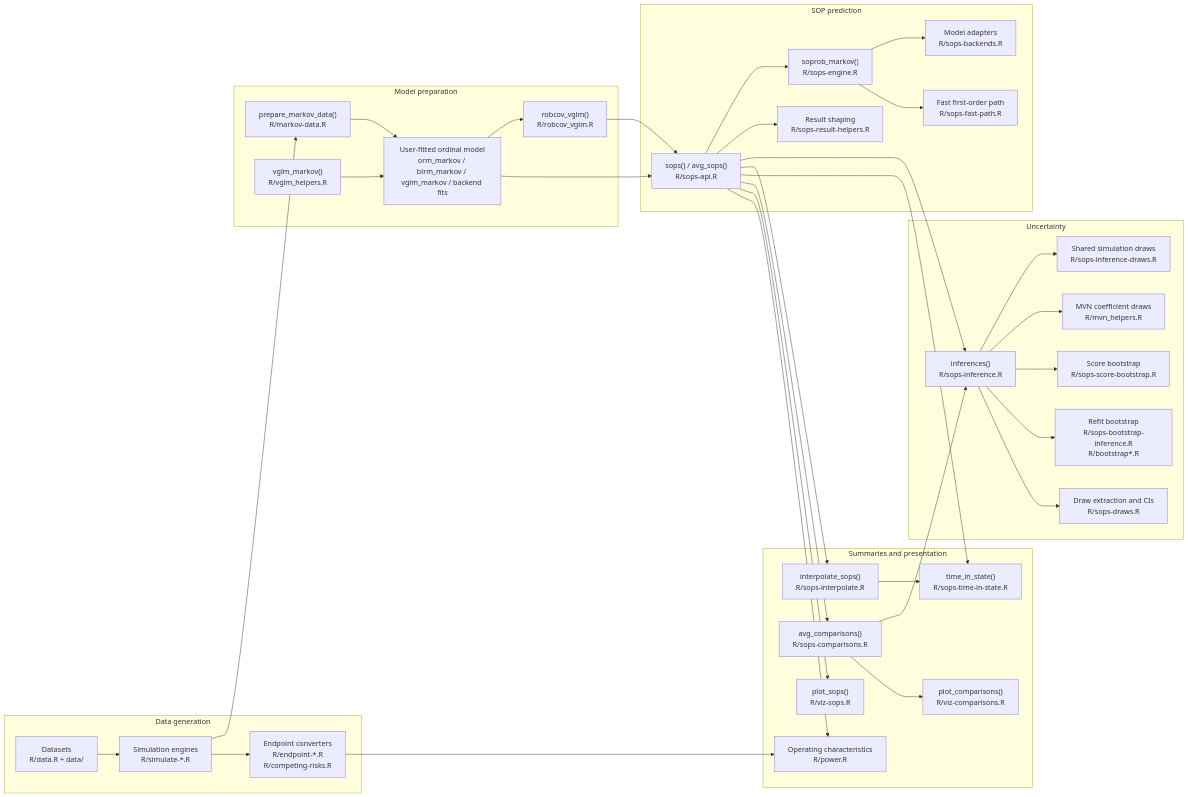
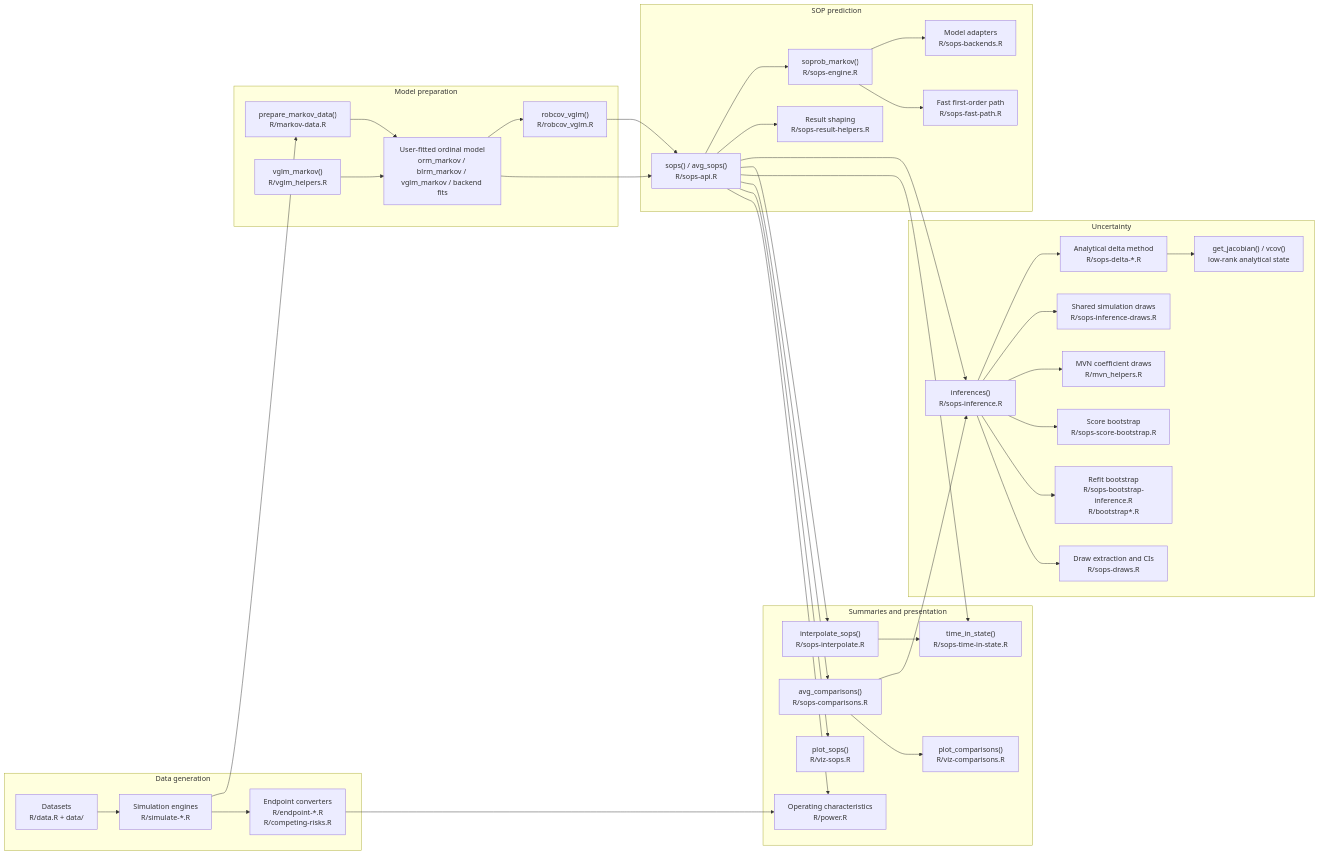
The first of 7 diagrams in ARCHITECTURE.md (scjohannes/markov.misc), drawn with Mermaid before and after one commit. The commit also changed other lines of this file and 30 other files, not shown here.

````diff
--- a/ARCHITECTURE.md
+++ b/ARCHITECTURE.md
@@ -27,69 +28,73 @@
 ```mermaid
 flowchart LR
   subgraph "Data generation"
     SIM["Simulation engines<br/>R/simulate-*.R"]
     BASE["Datasets<br/>R/data.R + data/"]
     ENDPOINT_IN["Endpoint converters<br/>R/endpoint-*.R<br/>R/competing-risks.R"]
   end
 
   subgraph "Model preparation"
     PREP["prepare_markov_data()<br/>R/markov-data.R"]
     FIT["User-fitted ordinal model<br/>orm_markov / blrm_markov / vglm_markov / backend fits"]
     VGLM_FIT["vglm_markov()<br/>R/vglm_helpers.R"]
     ROB["robcov_vglm()<br/>R/robcov_vglm.R"]
   end
 
   subgraph "SOP prediction"
     API["sops() / avg_sops()<br/>R/sops-api.R"]
     BACKENDS["Model adapters<br/>R/sops-backends.R"]
     ENGINE["soprob_markov()<br/>R/sops-engine.R"]
     FAST["Fast first-order path<br/>R/sops-fast-path.R"]
     RESULT["Result shaping<br/>R/sops-result-helpers.R"]
   end
 
   subgraph "Uncertainty"
     INF["inferences()<br/>R/sops-inference.R"]
+    DELTA["Analytical delta method<br/>R/sops-delta-*.R"]
+    DELTA_ACCESS["get_jacobian() / vcov()<br/>low-rank analytical state"]
     MVN["MVN coefficient draws<br/>R/mvn_helpers.R"]
     SCORE["Score bootstrap<br/>R/sops-score-bootstrap.R"]
     SIM_DRAWS["Shared simulation draws<br/>R/sops-inference-draws.R"]
     REFIT["Refit bootstrap<br/>R/sops-bootstrap-inference.R<br/>R/bootstrap*.R"]
     DRAWS["Draw extraction and CIs<br/>R/sops-draws.R"]
   end
 
   subgraph "Summaries and presentation"
     TIS["time_in_state()<br/>R/sops-time-in-state.R"]
     COMP["avg_comparisons()<br/>R/sops-comparisons.R"]
     INT["interpolate_sops()<br/>R/sops-interpolate.R"]
     PLOT["plot_sops()<br/>R/viz-sops.R"]
     PLOT_COMP["plot_comparisons()<br/>R/viz-comparisons.R"]
     OC["Operating characteristics<br/>R/power.R"]
   end
 
   SIM --> PREP
   BASE --> SIM
   SIM --> ENDPOINT_IN
   PREP --> FIT
   VGLM_FIT --> FIT
   FIT --> ROB
   FIT --> API
   ROB --> API
   API --> ENGINE
   API --> RESULT
   ENGINE --> BACKENDS
   ENGINE --> FAST
   API --> INF
+  INF --> DELTA
+  DELTA --> DELTA_ACCESS
   INF --> SIM_DRAWS
   INF --> MVN
   INF --> SCORE
   INF --> REFIT
   INF --> DRAWS
   API --> INT
   API --> TIS
   API --> COMP
   COMP --> INF
   INT --> TIS
   API --> PLOT
   COMP --> PLOT_COMP
   ENDPOINT_IN --> OC
   API --> OC
 ```
````
